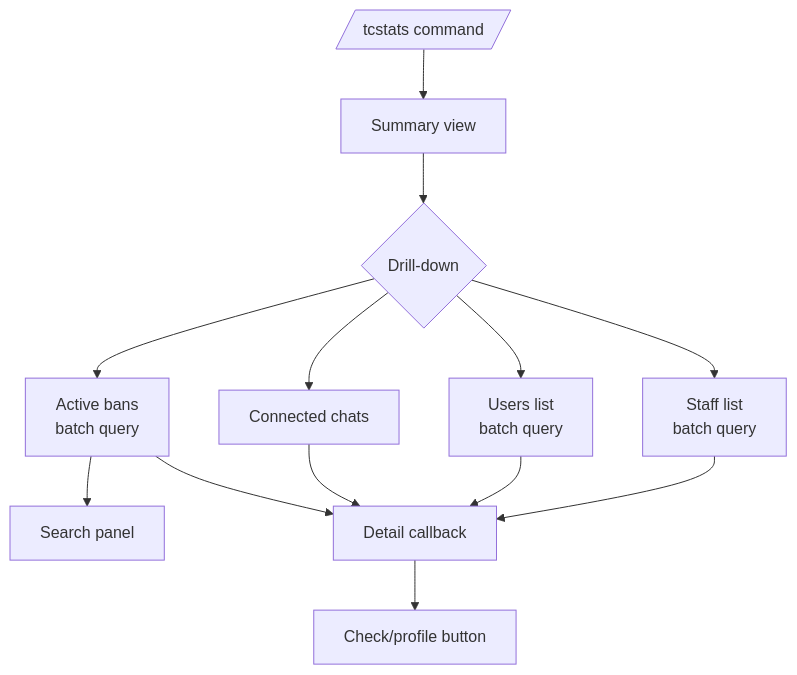
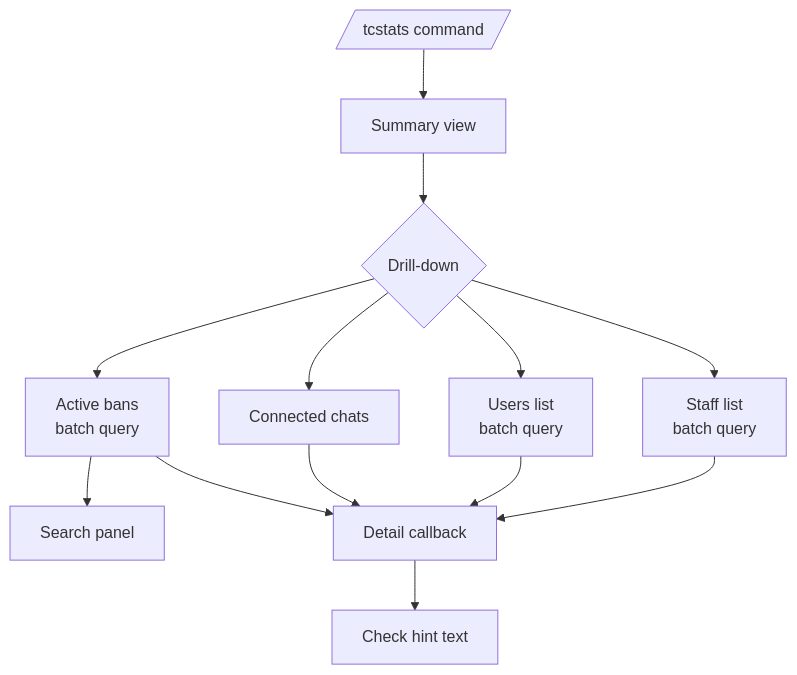
The diagram in docs/features/statistics.md (D1ZZY4/tgbot_tcf), drawn with Mermaid before and after one commit. The commit also changed other lines of this file and 8 other files, not shown here.

````diff
--- a/docs/features/statistics.md
+++ b/docs/features/statistics.md
@@ -10,12 +10,12 @@
 ```mermaid
 flowchart TD
     Cmd[/tcstats command/] --> Summary[Summary view]
     Summary --> Buttons{Drill-down}
     Buttons --> Staff[Staff list<br/>batch query]
     Buttons --> Users[Users list<br/>batch query]
     Buttons --> Chats[Connected chats]
     Buttons --> Bans[Active bans<br/>batch query]
     Bans --> SearchPanel[Search panel]
     Staff & Users & Chats & Bans --> Detail[Detail callback]
-    Detail --> Profile[Check/profile button]
+    Detail --> Profile[Check hint text]
 ```
````
